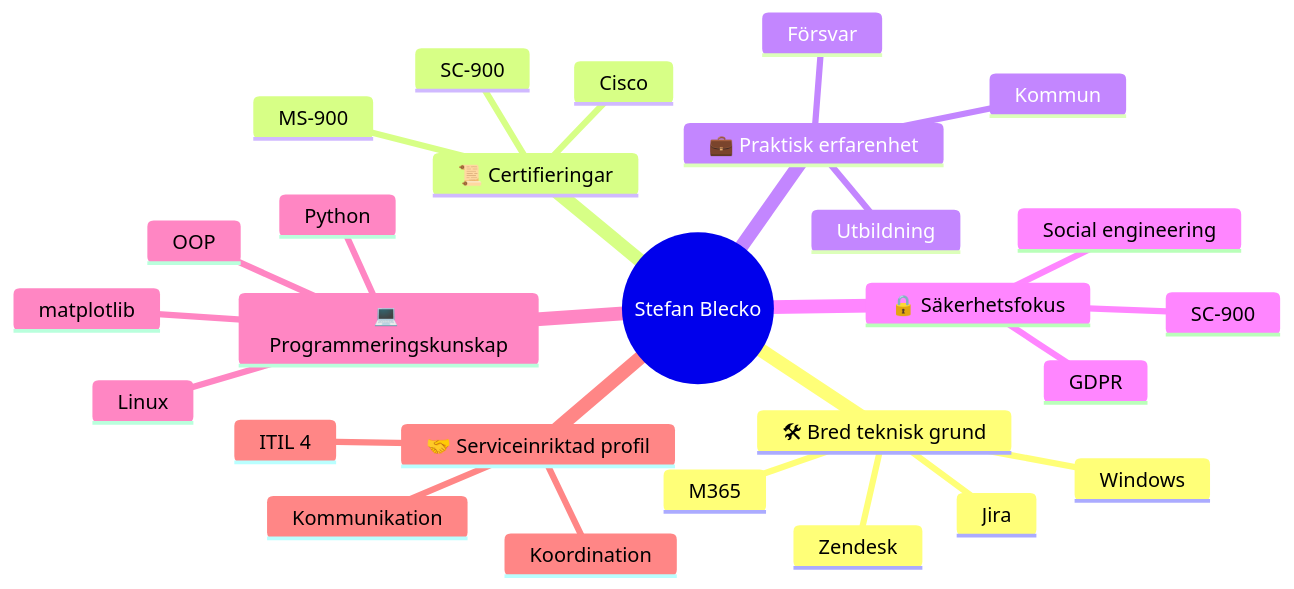
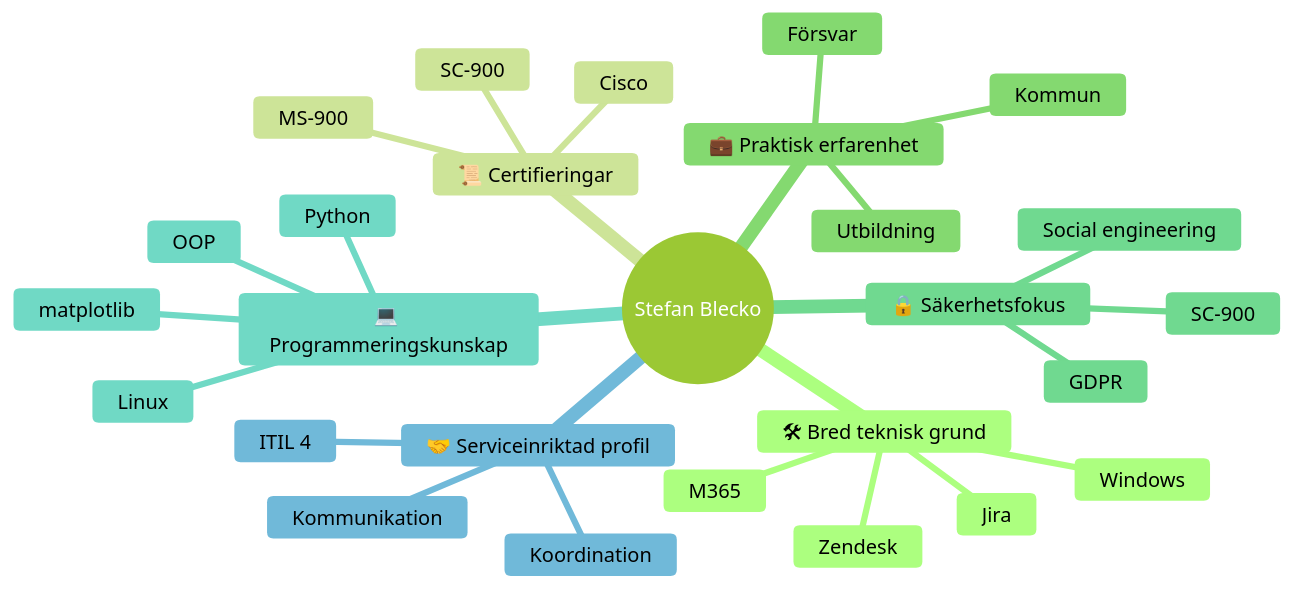
Before and after one commit to steble70/scriptlab: the diagram in README.md, drawn with Mermaid.

````diff
--- a/README.md
+++ b/README.md
@@ -3,31 +3,31 @@
 ```mermaid
-%%{init: {'theme': 'default'}}%%
+%%{init: {'theme': 'forest'}}%%
 mindmap
   root((Stefan Blecko))
     🛠 Bred teknisk grund
       Windows
       M365
       Zendesk
       Jira
     📜 Certifieringar
       MS-900
       SC-900
       Cisco
     💼 Praktisk erfarenhet
       Försvar
       Kommun
       Utbildning
     🔒 Säkerhetsfokus
       SC-900
       GDPR
       Social engineering
     💻 Programmeringskunskap
       Python
       OOP
       Linux
       matplotlib
     🤝 Serviceinriktad profil
       ITIL 4
       Koordination
       Kommunikation
 ```
````
